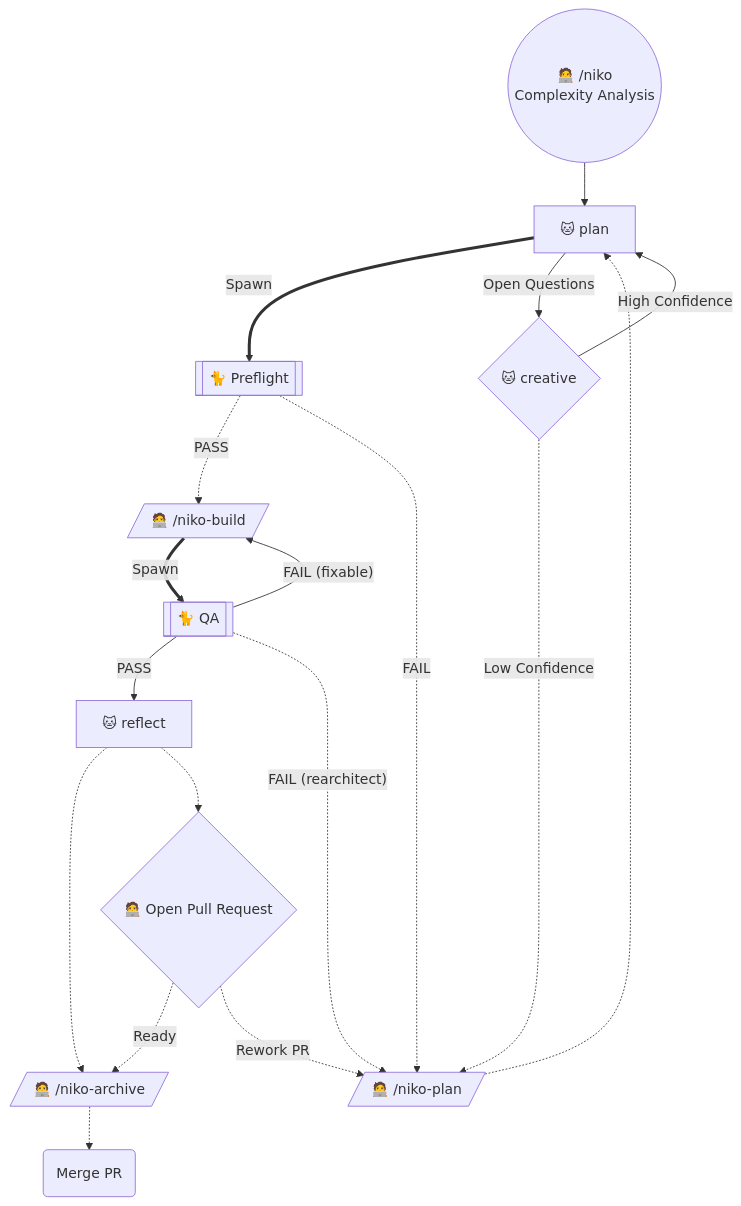
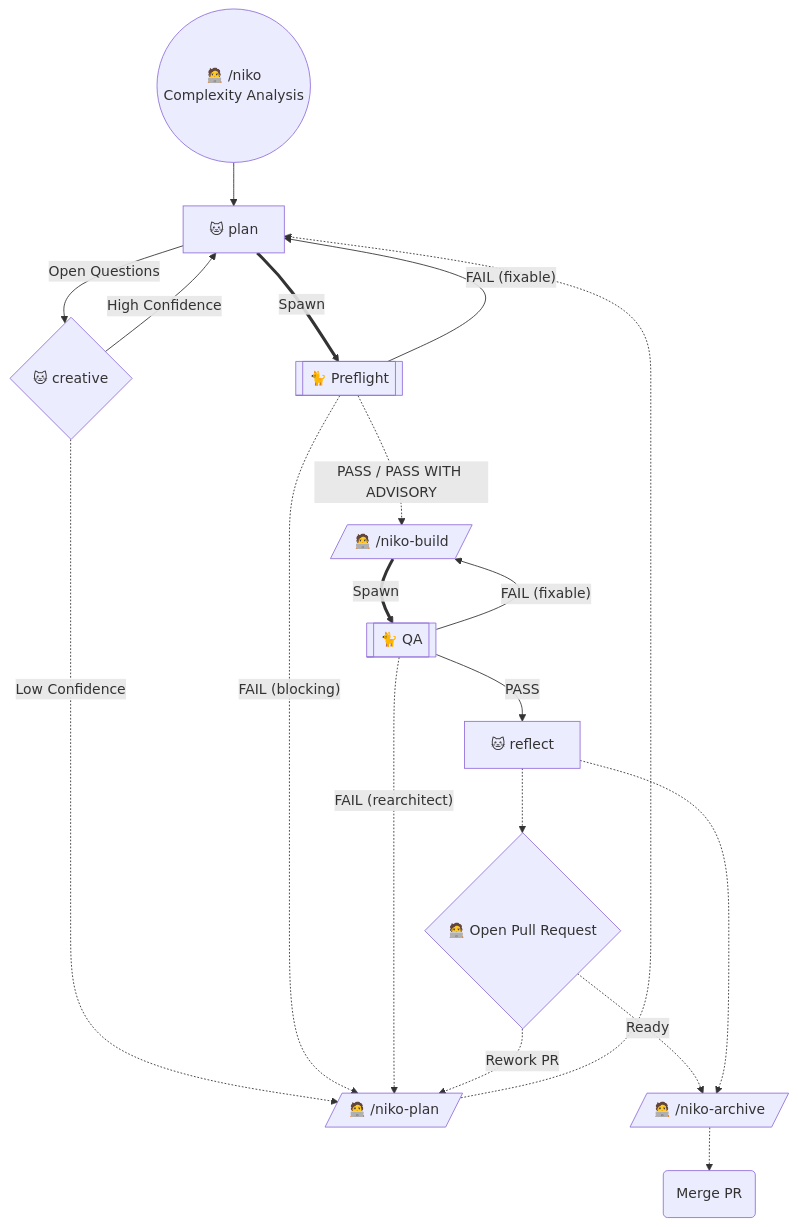
One commit to Texarkanine/.cursor-rules changed the fifth of 6 diagrams in rulesets/niko/README.md. Above: the diagram before and after it, drawn with Mermaid. The commit also changed other lines of this file and 9 other files, not shown here.

Commit message:
feat(niko): four-way Preflight results and change-detector strike [#114] (#115)

````diff
--- a/rulesets/niko/README.md
+++ b/rulesets/niko/README.md
@@ -203,28 +221,40 @@
 ```mermaid
 graph TD
-	Start(("🧑‍💻 /niko<br>Complexity Analysis")) --> NikoPlan["🐱 plan"]
-	NikoPlan ==Spawn==> NikoPreflight[["🐈 Preflight"]]
-	NikoPreflight -.->|"PASS"| ManualBuild[/"🧑‍💻 /niko-build"/]
-	NikoPreflight -.->|"FAIL"| ManualPlan[/"🧑‍💻 /niko-plan"/]
+	Start(("🧑‍💻 /niko<br>Complexity Analysis"))
+    NikoPlan["🐱 plan"]
+    NikoPreflight[["🐈 Preflight"]]
+    ManualBuild[/"🧑‍💻 /niko-build"/]
+    ManualPlan[/"🧑‍💻 /niko-plan"/]
+    NikoCreative{"🐱 creative"}
+    ManualPlan[/"🧑‍💻 /niko-plan"/]
+    NikoQA[["🐈 QA"]]
+    NikoReflect["🐱 reflect"]
+    ManualArchive[/"🧑‍💻 /niko-archive"/]
+    PR{"🧑‍💻 Open Pull Request"}
+    MergePR("Merge PR")
 
-	NikoPlan -->|"Open Questions"| NikoCreative{"🐱 creative"}
+    NikoPlan -->|"Open Questions"| NikoCreative
 	NikoCreative -->|"High Confidence"| NikoPlan
-	NikoCreative -.->|"Low Confidence"| ManualPlan[/"🧑‍💻 /niko-plan"/]
+	NikoCreative -.->|"Low Confidence"| ManualPlan
+    
+    Start --> NikoPlan
+	NikoPlan ==Spawn==> NikoPreflight
+	NikoPreflight -.->|"PASS / PASS WITH ADVISORY"| ManualBuild
+    NikoPreflight -->|"FAIL (fixable)"| NikoPlan
+	NikoPreflight -.->|"FAIL (blocking)"| ManualPlan
 
-	ManualBuild ==Spawn==> NikoQA[["🐈 QA"]]
-	NikoQA -->|"PASS"| NikoReflect["🐱 reflect"]
-	NikoReflect -.-> ManualArchive[/"🧑‍💻 /niko-archive"/]
+	ManualBuild ==Spawn==> NikoQA
+	NikoQA -->|"PASS"| NikoReflect
+	
 	NikoQA -->|"FAIL (fixable)"| ManualBuild
 	NikoQA -.->|"FAIL (rearchitect)"| ManualPlan
 
 	ManualPlan -.-> NikoPlan
 
-	PR{"🧑‍💻 Open Pull Request"}
-
 	NikoReflect -.-> PR
-
-	PR -."Ready".-> ManualArchive
 	PR -."Rework PR".-> ManualPlan
-
-	ManualArchive -.-> MergePR("Merge PR")
+    PR -."Ready".-> ManualArchive
+    
+    NikoReflect -.-> ManualArchive
+	ManualArchive -.-> MergePR
 ```
````
